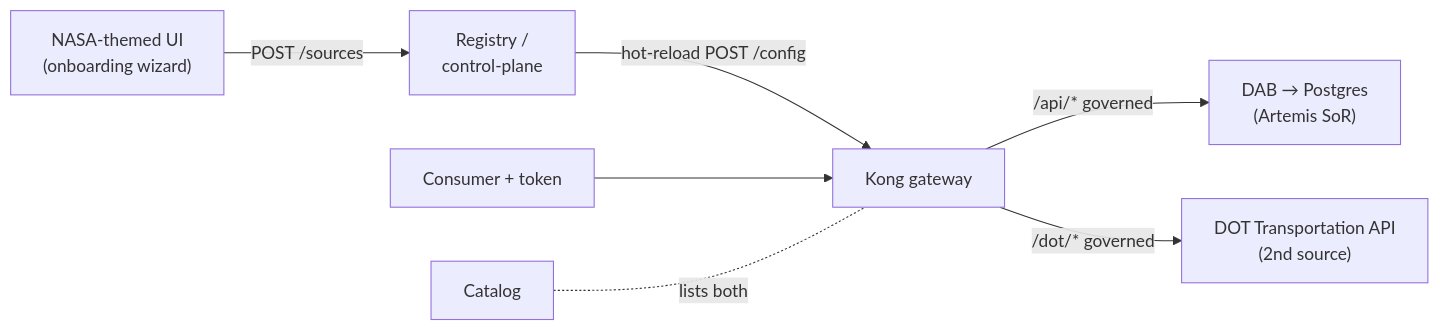
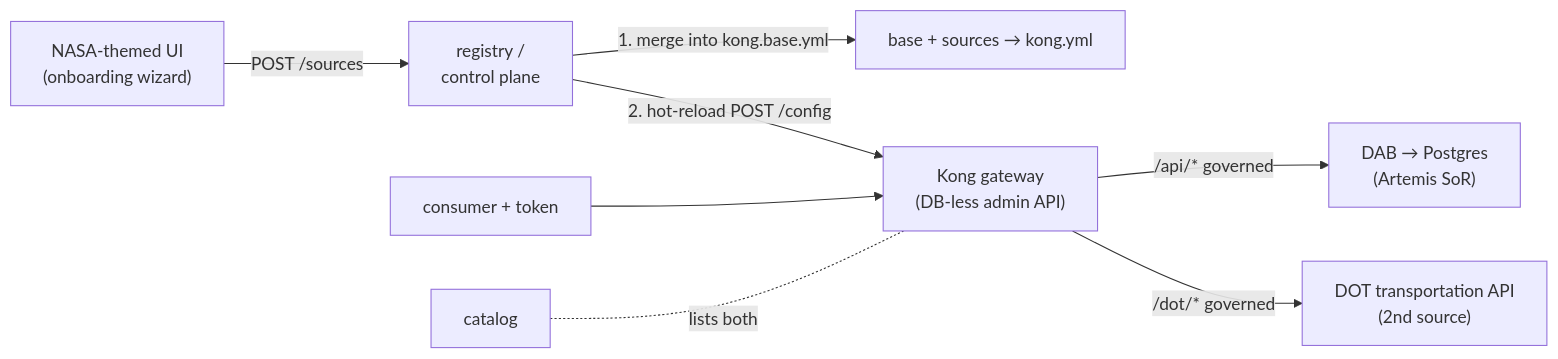
The fifth of 5 diagrams in docs/ARCHITECTURE.md (fgarofalo56/nasa-api-first-poc), drawn with Mermaid before and after one commit. The commit also changed other lines of this file and 40 other files, not shown here.

````diff
--- a/docs/ARCHITECTURE.md
+++ b/docs/ARCHITECTURE.md
@@ -114,9 +478,10 @@
 ```mermaid
 flowchart LR
-    UI["NASA-themed UI<br/>(onboarding wizard)"] -->|POST /sources| REG["Registry /<br/>control-plane"]
-    REG -->|hot-reload POST /config| KONG["Kong gateway"]
-    KONG -->|/api/* governed| DAB["DAB → Postgres<br/>(Artemis SoR)"]
-    KONG -->|/dot/* governed| DOT["DOT Transportation API<br/>(2nd source)"]
-    CLI["Consumer + token"] --> KONG
-    CAT["Catalog"] -. lists both .- KONG
+    UI["NASA-themed UI<br/>(onboarding wizard)"] -->|"POST /sources"| REG["registry /<br/>control plane"]
+    REG -->|"1. merge into kong.base.yml"| MERGE["base + sources → kong.yml"]
+    REG -->|"2. hot-reload POST /config"| KONG["Kong gateway<br/>(DB-less admin API)"]
+    KONG -->|"/api/* governed"| DAB["DAB → Postgres<br/>(Artemis SoR)"]
+    KONG -->|"/dot/* governed"| DOT["DOT transportation API<br/>(2nd source)"]
+    CLI["consumer + token"] --> KONG
+    CAT["catalog"] -. lists both .- KONG
 ```
````
